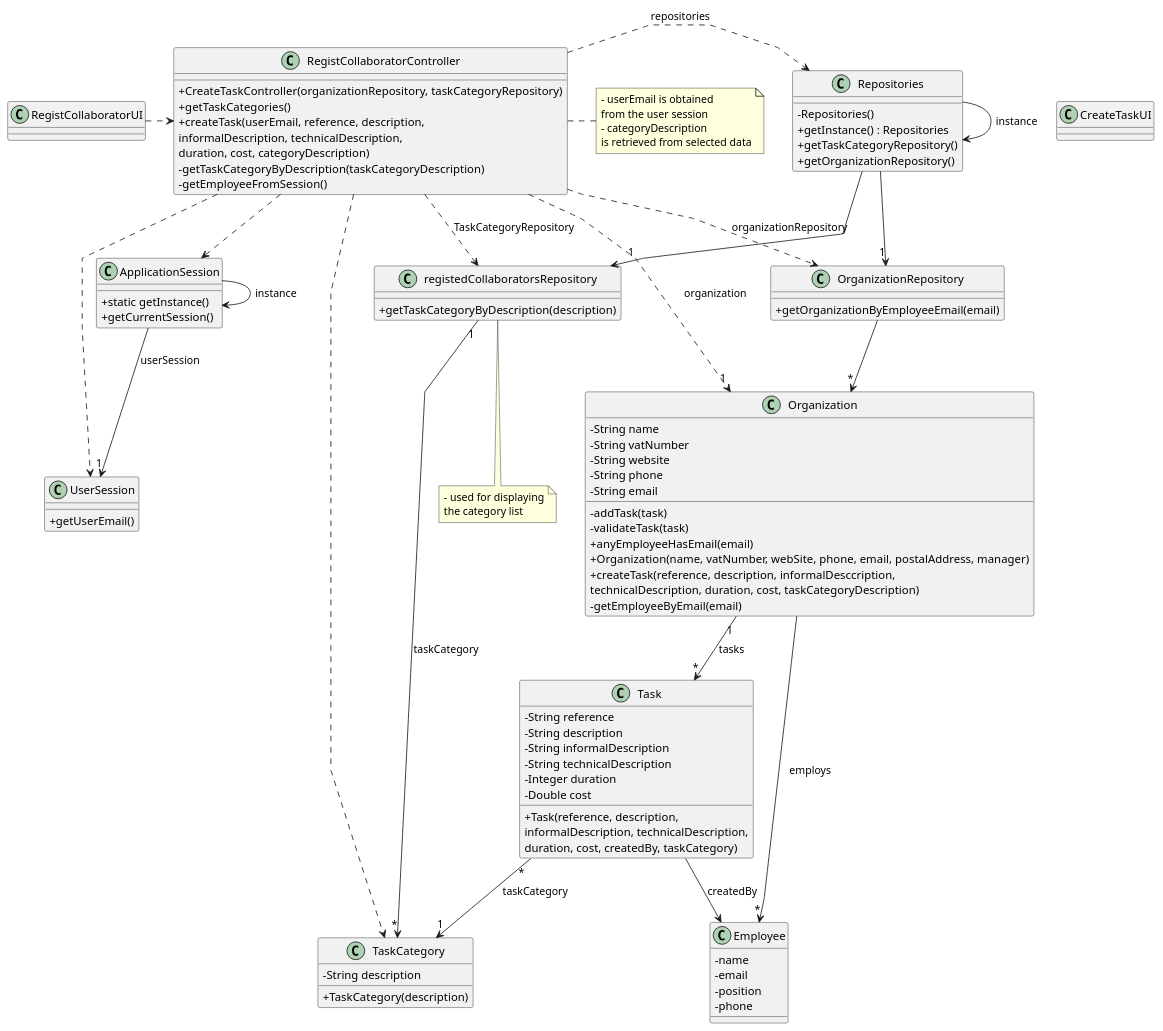
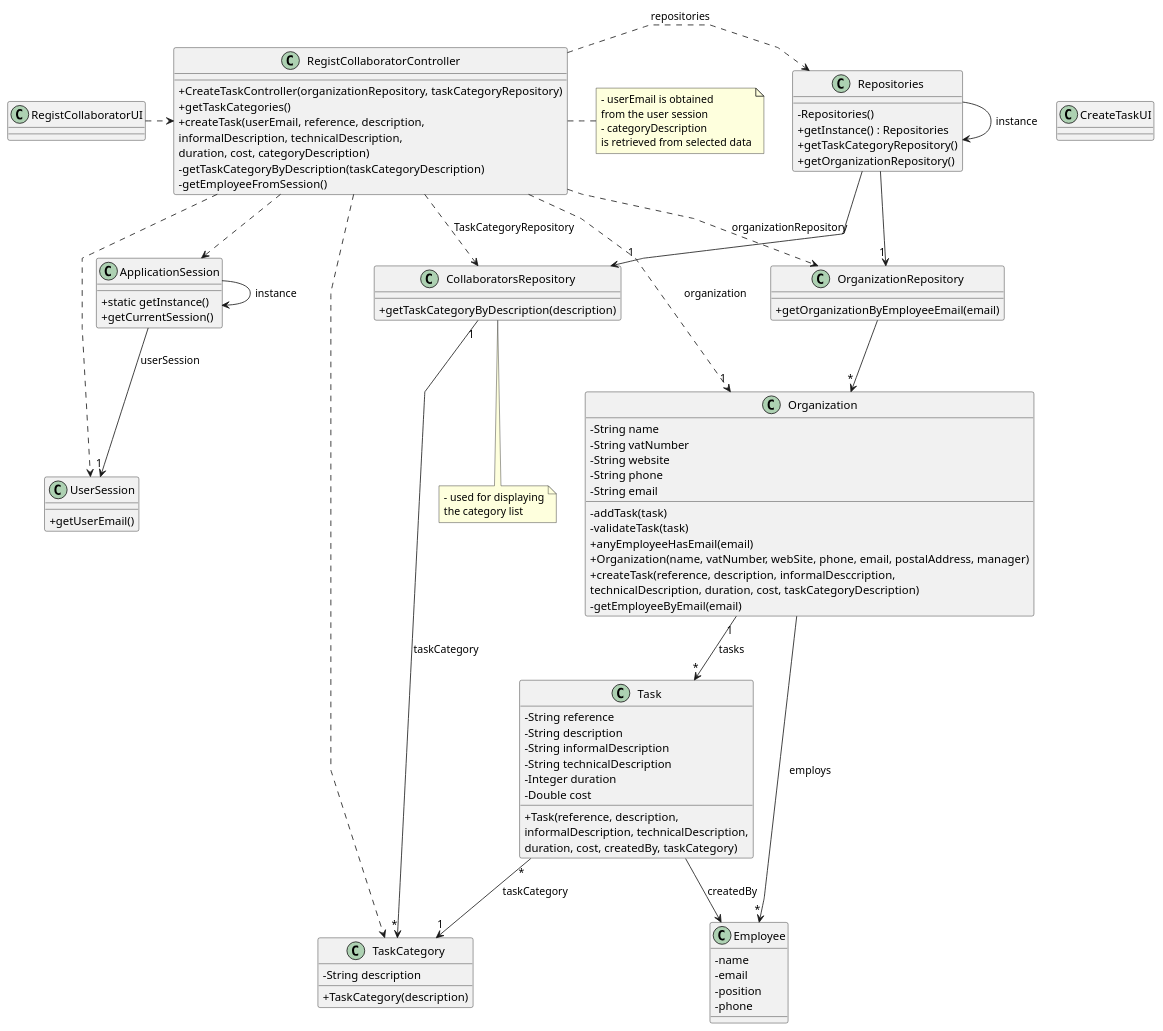
Before and after one commit to 1231360-ISEP/lei-24-s2-1db-g021: the diagram in docs/sprint2/us003/03.design/puml/us003-class-diagram.puml, drawn with PlantUML. The commit also changed 22 other files, not shown here.

Commit message:
Update US01 and US05 - Class Diagram and SVG.

```diff
--- a/docs/sprint2/us003/03.design/puml/us003-class-diagram.puml
+++ b/docs/sprint2/us003/03.design/puml/us003-class-diagram.puml
@@ -1,130 +1,130 @@
 @startuml
 'skinparam monochrome true
 skinparam packageStyle rectangle
 skinparam shadowing false
 skinparam linetype polyline
 'skinparam linetype orto
 
 skinparam classAttributeIconSize 0
 
 'left to right direction
 
 class ApplicationSession
 {
     + static getInstance()
     + getCurrentSession()
 }
 
 class UserSession
 {
     + getUserEmail()
 }
 
 class Employee {
     - name
     - email
     - position
     - phone
 }
 
 class Task {
     - String reference
     - String description
     - String informalDescription
     - String technicalDescription
     - Integer duration
     - Double cost
 
     + Task(reference, description,\ninformalDescription, technicalDescription,\nduration, cost, createdBy, taskCategory)
 }
 
 class TaskCategory {
     - String description
 
     + TaskCategory(description)
 }
 
 class Organization {
     - String name
     - String vatNumber
     - String website
     - String phone
     - String email
 
     - addTask(task)
     - validateTask(task)
     + anyEmployeeHasEmail(email)
     + Organization(name, vatNumber, webSite, phone, email, postalAddress, manager)
     + createTask(reference, description, informalDesccription,\ntechnicalDescription, duration, cost, taskCategoryDescription)
     - getEmployeeByEmail(email)
 
 '  +saveTask(task)
 }
 
-class registedCollaboratorsRepository {
+class CollaboratorsRepository {
     + getTaskCategoryByDescription(description)
 }
 
 class OrganizationRepository {
     + getOrganizationByEmployeeEmail(email)
 }
 
 class Repositories {
     - Repositories()
     + getInstance() : Repositories
     + getTaskCategoryRepository()
     + getOrganizationRepository()
 }
 
 class RegistCollaboratorController {
     + CreateTaskController(organizationRepository, taskCategoryRepository)
     + getTaskCategories()
     + createTask(userEmail, reference, description,\ninformalDescription, technicalDescription,\nduration, cost, categoryDescription)
     - getTaskCategoryByDescription(taskCategoryDescription)
     - getEmployeeFromSession()
 }
 
 note right of RegistCollaboratorController
     - userEmail is obtained
     from the user session
     - categoryDescription
     is retrieved from selected data
 end note
 
-note bottom of registedCollaboratorsRepository
+note bottom of CollaboratorsRepository
     - used for displaying
     the category list
 end note
 
 class CreateTaskUI {
 }
 
 Repositories -> Repositories : instance
 ApplicationSession -> ApplicationSession : instance
 
 RegistCollaboratorUI .> RegistCollaboratorController
 
 RegistCollaboratorController .> Repositories : repositories
 
-Repositories -> "1" registedCollaboratorsRepository
+Repositories -> "1" CollaboratorsRepository
 
 RegistCollaboratorController ..> TaskCategory
 RegistCollaboratorController ..> OrganizationRepository : organizationRepository
-RegistCollaboratorController ..> registedCollaboratorsRepository : TaskCategoryRepository
+RegistCollaboratorController ..> CollaboratorsRepository : TaskCategoryRepository
 
 Repositories --> "1" OrganizationRepository
 
 OrganizationRepository --> "*" Organization
 ApplicationSession --> "1" UserSession : userSession
 
 RegistCollaboratorController ..> "1" Organization : organization
 RegistCollaboratorController ..> ApplicationSession
 RegistCollaboratorController ..> UserSession
 Task "*" --> "1" TaskCategory : taskCategory
-registedCollaboratorsRepository "1" --> "*" TaskCategory : taskCategory
+CollaboratorsRepository "1" --> "*" TaskCategory : taskCategory
 Organization "1" --> "*" Task : tasks
 Task --> Employee : createdBy
 
 Organization --> "*" Employee : employs
 
 @enduml
```
